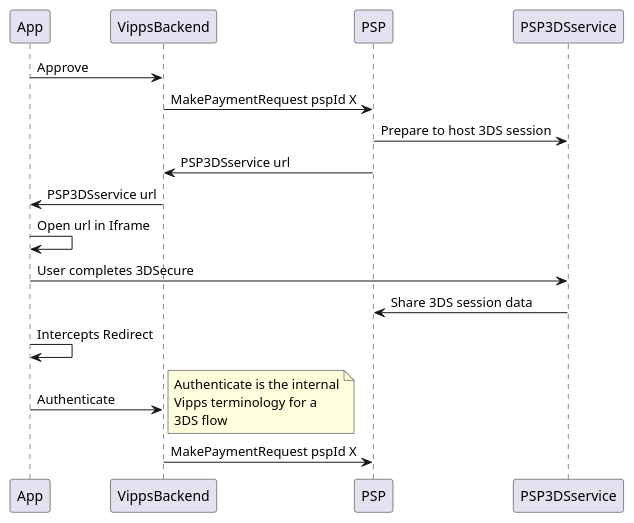
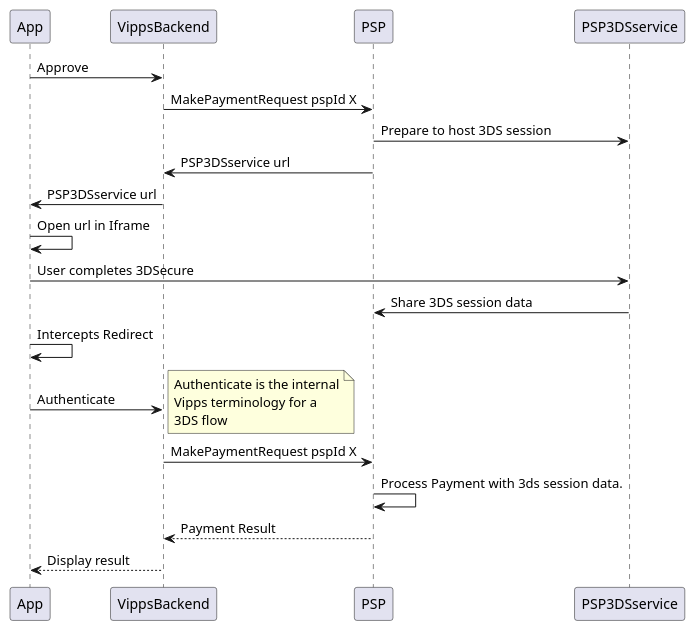
The diagram in diagrams/3DSFallbackFlow.puml (vippsas/vipps-psp-api), drawn with PlantUML before and after one commit. The commit also changed 2 other files, not shown here.

Commit message:
clarified second part of fallback flow

```diff
--- a/diagrams/3DSFallbackFlow.puml
+++ b/diagrams/3DSFallbackFlow.puml
@@ -1,23 +1,26 @@
 @startuml
 participant App
 participant VippsBackend
 participant PSP
 participant PSP3DSservice
 
 App -> VippsBackend: Approve
 VippsBackend -> PSP: MakePaymentRequest pspId X
 PSP -> PSP3DSservice: Prepare to host 3DS session
 PSP -> VippsBackend: PSP3DSservice url
 VippsBackend -> App: PSP3DSservice url
 App -> App : Open url in Iframe
 App -> PSP3DSservice : User completes 3DSecure
 PSP3DSservice -> PSP: Share 3DS session data
 App -> App : Intercepts Redirect
 App -> VippsBackend: Authenticate
 note right
 Authenticate is the internal
 Vipps terminology for a
 3DS flow
 end note
 VippsBackend -> PSP: MakePaymentRequest pspId X
+PSP -> PSP : Process Payment with 3ds session data.
+PSP --> VippsBackend : Payment Result
+VippsBackend --> App: Display result
 @enduml
```
